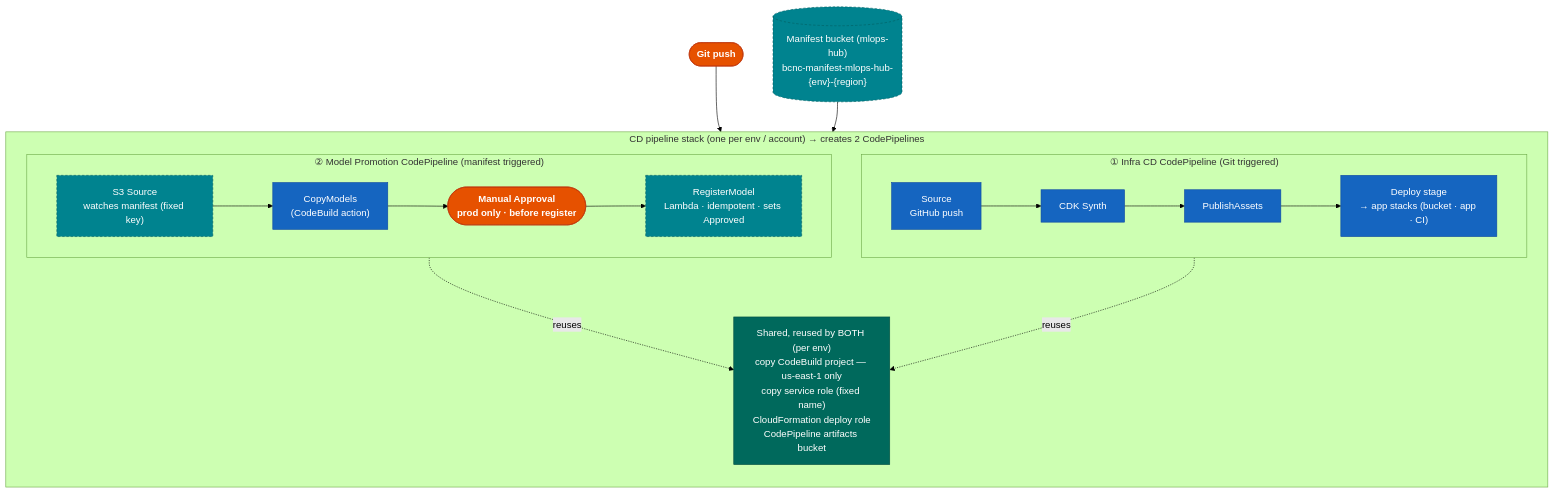
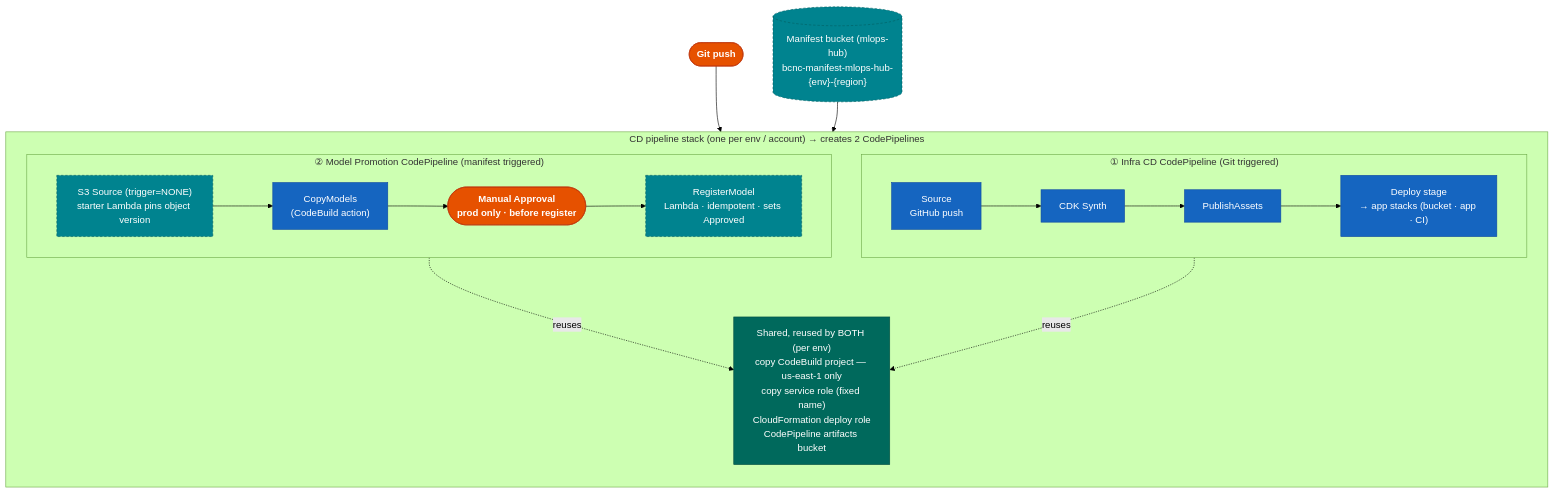
One commit to schilker/public changed the third of 6 diagrams in test.md. Above: the diagram before and after it, drawn with Mermaid (forest theme). The commit also changed other lines of this file, not shown here.

````diff
--- a/test.md
+++ b/test.md
@@ -343,39 +345,39 @@
 ```mermaid
 flowchart TD
     classDef human  fill:#e65100,stroke:#bf360c,color:#fff,font-weight:bold
     classDef auto   fill:#1565c0,stroke:#0d47a1,color:#fff
     classDef store  fill:#2e7d32,stroke:#1b5e20,color:#fff
     classDef shared fill:#00695c,stroke:#004d40,color:#fff
     classDef new    fill:#00838f,stroke:#006064,color:#fff,stroke-dasharray: 4 3
 
     subgraph STACK["CD pipeline stack  (one per env / account)  →  creates 2 CodePipelines"]
         direction TB
         subgraph INFRA["① Infra CD CodePipeline  (Git triggered)"]
             direction LR
             I1["Source\nGitHub push"]
             I2["CDK Synth"]
             I3["PublishAssets"]
             I4["Deploy stage\n→ app stacks (bucket · app · CI)"]
             I1 --> I2 --> I3 --> I4
         end
         subgraph MODELPIPE["② Model Promotion CodePipeline  (manifest triggered)"]
             direction LR
-            M1["S3 Source\nwatches manifest (fixed key)"]
+            M1["S3 Source (trigger=NONE)\nstarter Lambda pins object version"]
             M2["CopyModels\n(CodeBuild action)"]
             M4(["Manual Approval\nprod only · before register"])
             M3["RegisterModel\nLambda · idempotent · sets Approved"]
             M1 --> M2 --> M4 --> M3
         end
         SHARED["Shared, reused by BOTH (per env)\ncopy CodeBuild project — us-east-1 only\ncopy service role (fixed name)\nCloudFormation deploy role\nCodePipeline artifacts bucket"]
     end
 
     INFRA -. "reuses" .-> SHARED
     MODELPIPE -. "reuses" .-> SHARED
     GITPUSH(["Git push"]) --> I1
     MANIFEST[("Manifest bucket (mlops-hub)\nbcnc-manifest-mlops-hub-{env}-{region}")] --> M1
 
     class GITPUSH,M4 human
     class I1,I2,I3,I4,M2 auto
     class M1,M3,MANIFEST new
     class SHARED shared
 ```
````
